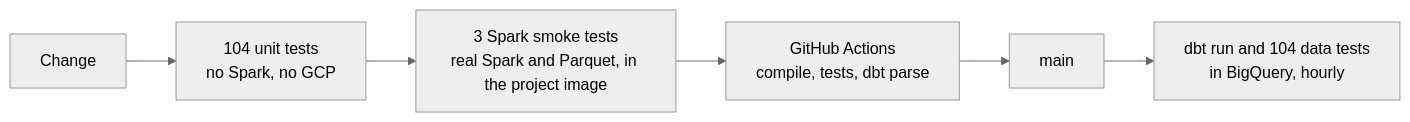
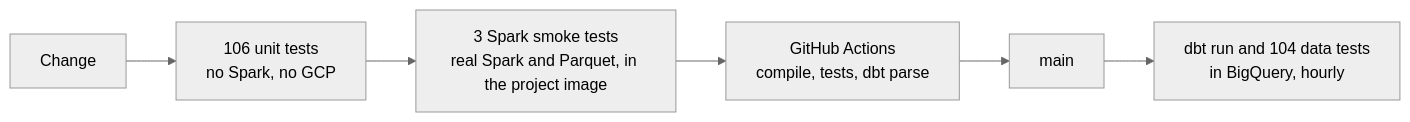
One commit to TomasRipsky/marineflow changed the fifth of 5 diagrams in README.md. Above: the diagram before and after it, drawn with Mermaid (neutral theme). The commit also changed other lines of this file and 6 other files, not shown here.

````diff
--- a/README.md
+++ b/README.md
@@ -465,8 +465,8 @@
 ```mermaid
 flowchart LR
-    change["Change"] --> unit["104 unit tests<br/>no Spark, no GCP"]
+    change["Change"] --> unit["106 unit tests<br/>no Spark, no GCP"]
     unit --> smoke["3 Spark smoke tests<br/>real Spark and Parquet, in the project image"]
     smoke --> ci["GitHub Actions<br/>compile, tests, dbt parse"]
     ci --> main["main"]
     main --> dbt["dbt run and 104 data tests<br/>in BigQuery, hourly"]
 ```
````
